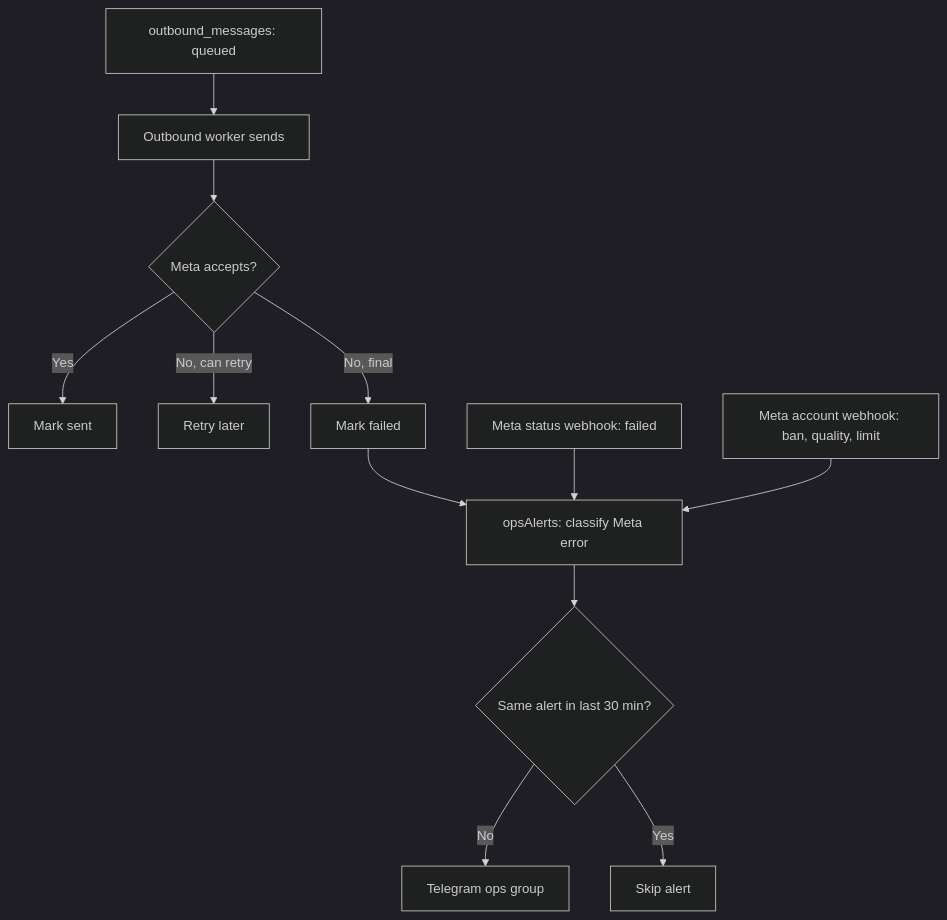
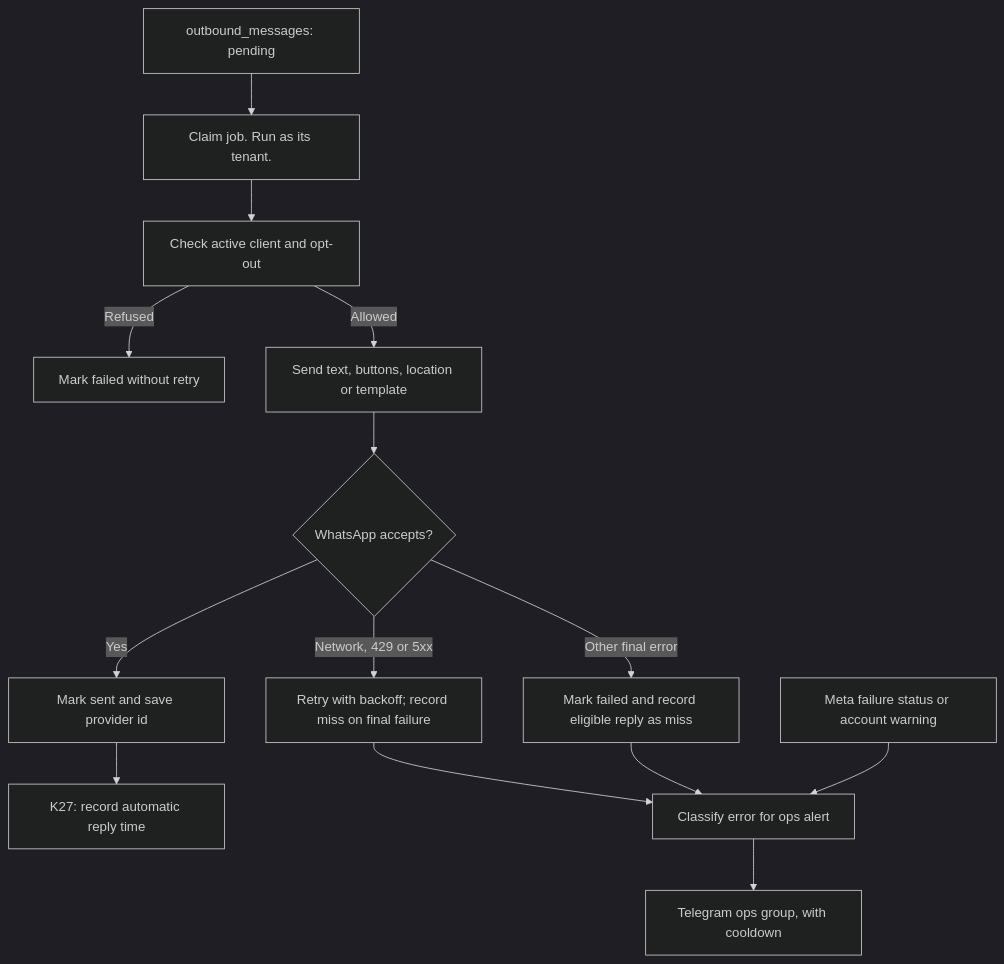
Before and after one commit to kaamilstudiesig/GKF-WA: the sixth of 15 diagrams in docs/SYSTEM_MAP.md, drawn with Mermaid (dark theme). The commit also changed other lines of this file, not shown here.

````diff
--- a/docs/SYSTEM_MAP.md
+++ b/docs/SYSTEM_MAP.md
@@ -145,14 +202,16 @@
 ```mermaid
 flowchart TD
-  Q["outbound_messages: queued"] --> S["Outbound worker sends"]
-  S --> R{"Meta accepts?"}
-  R -- "Yes" --> OK["Mark sent"]
-  R -- "No, can retry" --> RT["Retry later"]
-  R -- "No, final" --> F["Mark failed"]
-  F --> OA["opsAlerts: classify Meta error"]
-  OA --> CD{"Same alert in last 30 min?"}
-  CD -- "No" --> TG["Telegram ops group"]
-  CD -- "Yes" --> SK["Skip alert"]
-  ST["Meta status webhook: failed"] --> OA
-  AC["Meta account webhook: ban, quality, limit"] --> OA
+  Q["outbound_messages: pending"] --> CLAIM["Claim job. Run as its tenant."]
+  CLAIM --> CHECK["Check active client and opt-out"]
+  CHECK -- "Refused" --> DROP["Mark failed without retry"]
+  CHECK -- "Allowed" --> SEND["Send text, buttons, location or template"]
+  SEND --> RESULT{"WhatsApp accepts?"}
+  RESULT -- "Yes" --> SENT["Mark sent and save provider id"]
+  SENT --> TIME["K27: record automatic reply time"]
+  RESULT -- "Network, 429 or 5xx" --> RETRY["Retry with backoff; record miss on final failure"]
+  RESULT -- "Other final error" --> FAIL["Mark failed and record eligible reply as miss"]
+  RETRY --> OPS["Classify error for ops alert"]
+  FAIL --> OPS
+  OPS --> TG["Telegram ops group, with cooldown"]
+  STATUS["Meta failure status or account warning"] --> OPS
 ```
````
